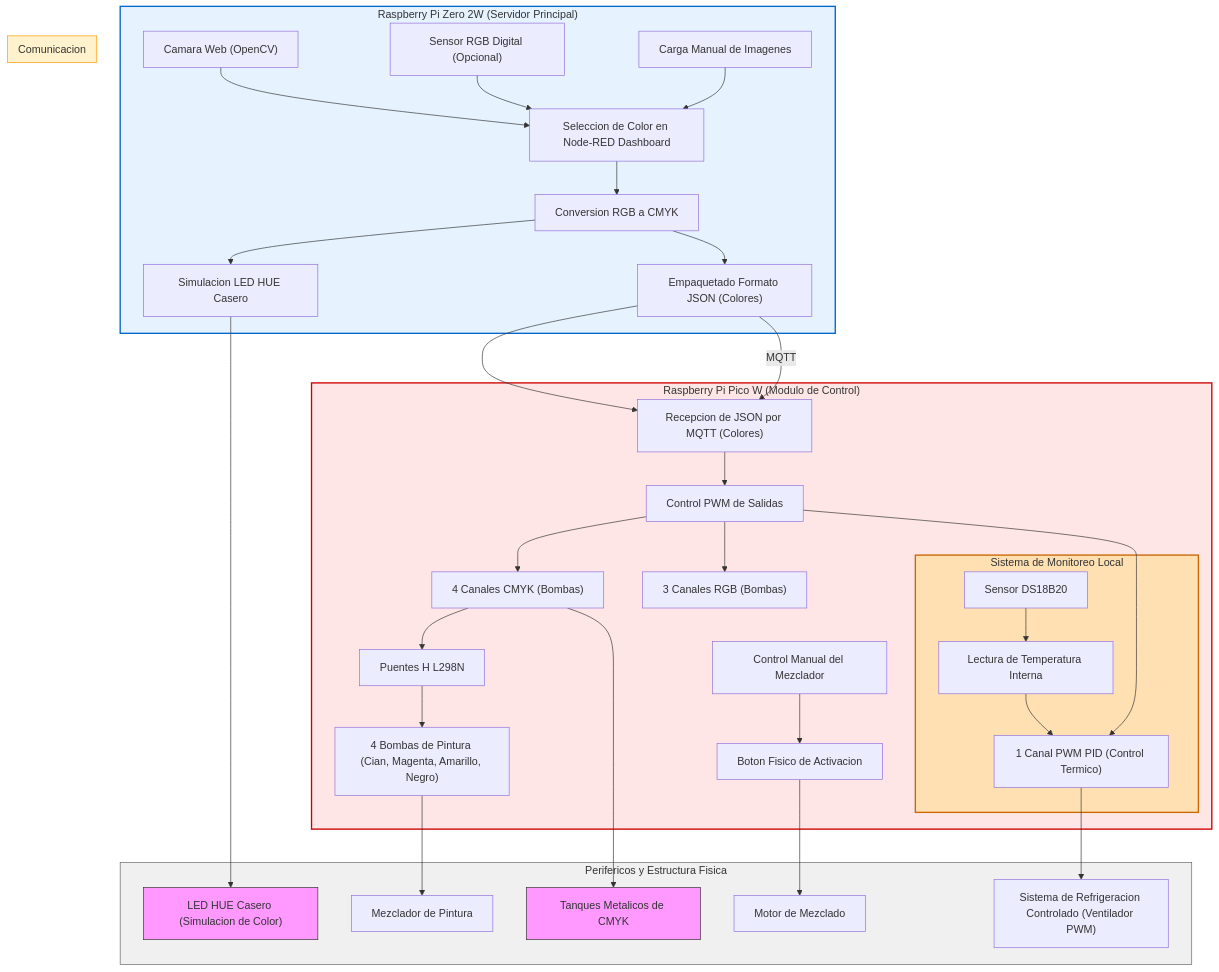
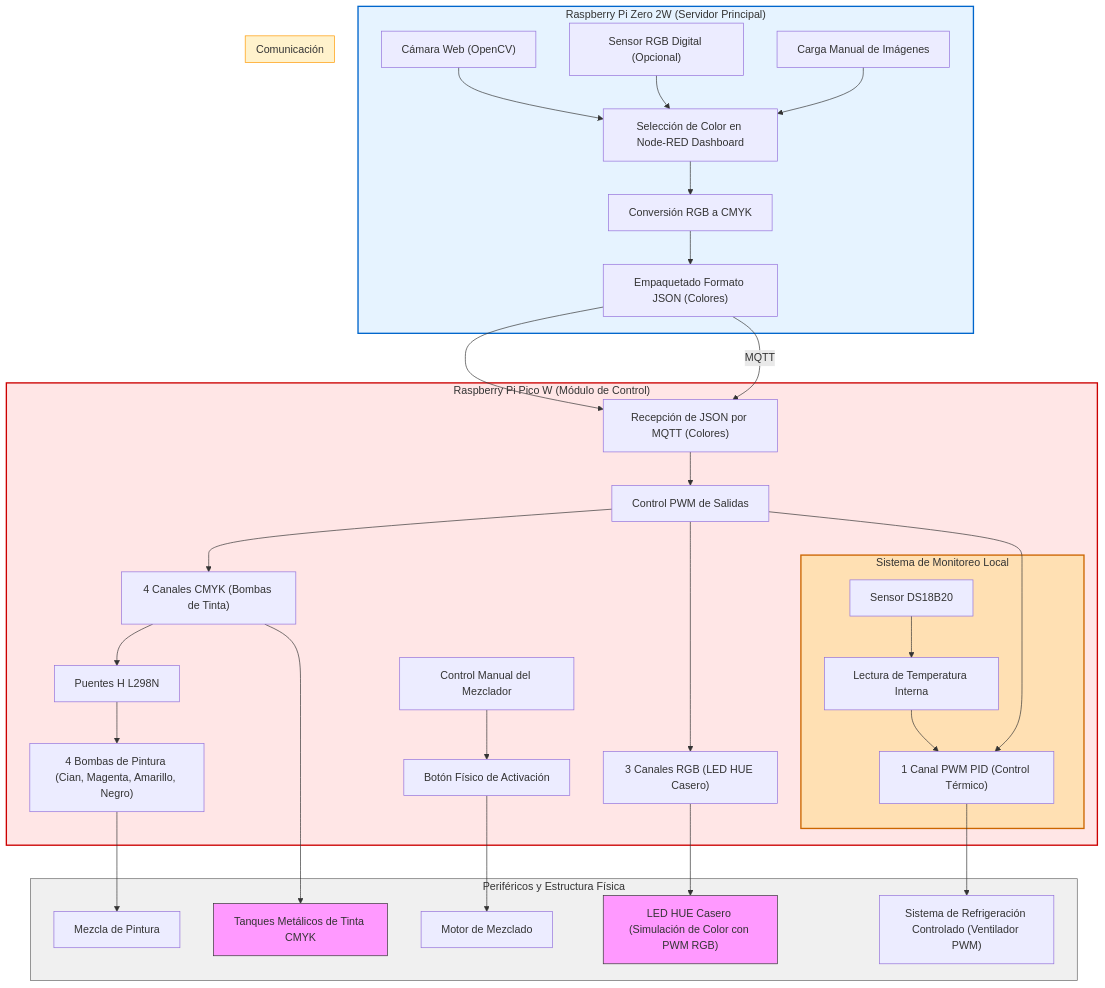
The diagram in diagrama_MQTT.md (juandsandoval8/ChromaPID), drawn with Mermaid before and after one commit.

````diff
--- a/diagrama_MQTT.md
+++ b/diagrama_MQTT.md
@@ -1,59 +1,58 @@
 ```mermaid
 flowchart TD
     %% ================= MAESTRO (Raspberry Pi Zero 2W) =================
     subgraph Maestro["Raspberry Pi Zero 2W (Servidor Principal)"]
-        A["Camara Web (OpenCV)"] --> B["Seleccion de Color en Node-RED Dashboard"]
+        A["Cámara Web (OpenCV)"] --> B["Selección de Color en Node-RED Dashboard"]
         C["Sensor RGB Digital (Opcional)"] --> B
-        D["Carga Manual de Imagenes"] --> B
-        B --> E["Conversion RGB a CMYK"]
-        E --> F["Simulacion LED HUE Casero"]
-        E --> G["Empaquetado Formato JSON (Colores)"]
+        D["Carga Manual de Imágenes"] --> B
+        B --> E["Conversión RGB a CMYK"]
+        E --> F["Empaquetado Formato JSON (Colores)"]
     end
 
     %% ================= ESCLAVO (Raspberry Pi Pico W) =================
-    subgraph Esclavo["Raspberry Pi Pico W (Modulo de Control)"]
-        G --> H["Recepcion de JSON por MQTT (Colores)"]
+    subgraph Esclavo["Raspberry Pi Pico W (Módulo de Control)"]
+        F --> H["Recepción de JSON por MQTT (Colores)"]
         H --> I["Control PWM de Salidas"]
 
         %% PWM
-        I --> M["4 Canales CMYK (Bombas)"]
-        I --> N["3 Canales RGB (Bombas)"]
-        I --> O["1 Canal PWM PID (Control Termico)"]
+        I --> M["4 Canales CMYK (Bombas de Tinta)"]
+        I --> N["3 Canales RGB (LED HUE Casero)"]
+        I --> O["1 Canal PWM PID (Control Térmico)"]
 
         %% Lectura de Temperatura (Local)
         subgraph Temperatura["Sistema de Monitoreo Local"]
             J["Sensor DS18B20"] --> P["Lectura de Temperatura Interna"]
             P --> O
         end
 
         %% Bombas
         M --> R["Puentes H L298N"]
         R --> S["4 Bombas de Pintura (Cian, Magenta, Amarillo, Negro)"]
 
         %% Mezclador
-        L["Control Manual del Mezclador"] --> T["Boton Fisico de Activacion"]
+        L["Control Manual del Mezclador"] --> T["Botón Físico de Activación"]
     end
 
-    %% ================= PERIFERICOS =================
-    subgraph Perifericos["Perifericos y Estructura Fisica"]
-        F --> U["LED HUE Casero (Simulacion de Color)"]
-        M --> V["Tanques Metalicos de CMYK"]
-        O --> W["Sistema de Refrigeracion Controlado (Ventilador PWM)"]
-        S --> Y["Mezclador de Pintura"]
+    %% ================= PERIFÉRICOS =================
+    subgraph Periféricos["Periféricos y Estructura Física"]
+        N --> U["LED HUE Casero (Simulación de Color con PWM RGB)"]
+        M --> V["Tanques Metálicos de Tinta CMYK"]
+        O --> W["Sistema de Refrigeración Controlado (Ventilador PWM)"]
+        S --> Y["Mezcla de Pintura"]
         T --> Z["Motor de Mezclado"]
     end
 
-    %% ================= COMUNICACION =================
-    subgraph Comunicacion["Comunicacion"]
-        G -->|MQTT| H
+    %% ================= COMUNICACIÓN =================
+    subgraph Comunicación["Comunicación"]
+        F -->|MQTT| H
     end
 
     %% ================= ESTILOS =================
     style Maestro fill:#e6f3ff,stroke:#0066cc,stroke-width:2px
     style Esclavo fill:#ffe6e6,stroke:#cc0000,stroke-width:2px
     style Temperatura fill:#ffe0b3,stroke:#cc6600,stroke-width:2px
-    style Perifericos fill:#f0f0f0,stroke:#666,stroke-width:1px
-    style Comunicacion fill:#fff2cc,stroke:#ff9900,stroke-width:1px
+    style Periféricos fill:#f0f0f0,stroke:#666,stroke-width:1px
+    style Comunicación fill:#fff2cc,stroke:#ff9900,stroke-width:1px
     style V fill:#f9f,stroke:#333
     style U fill:#f9f,stroke:#333
 ```
````
